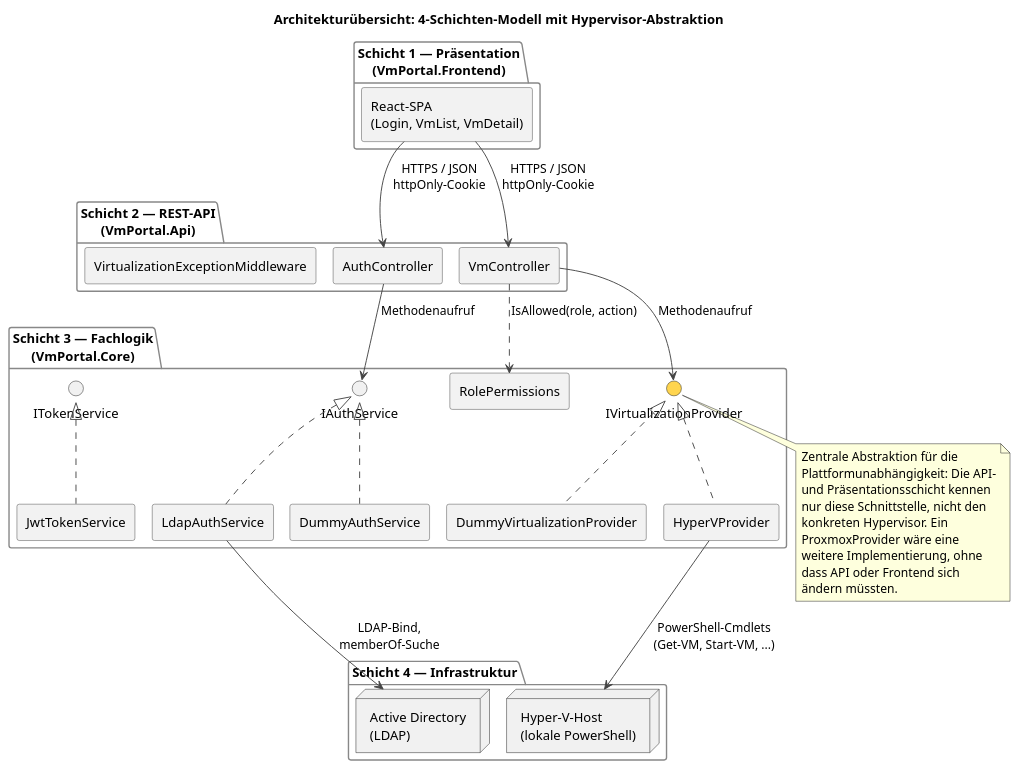
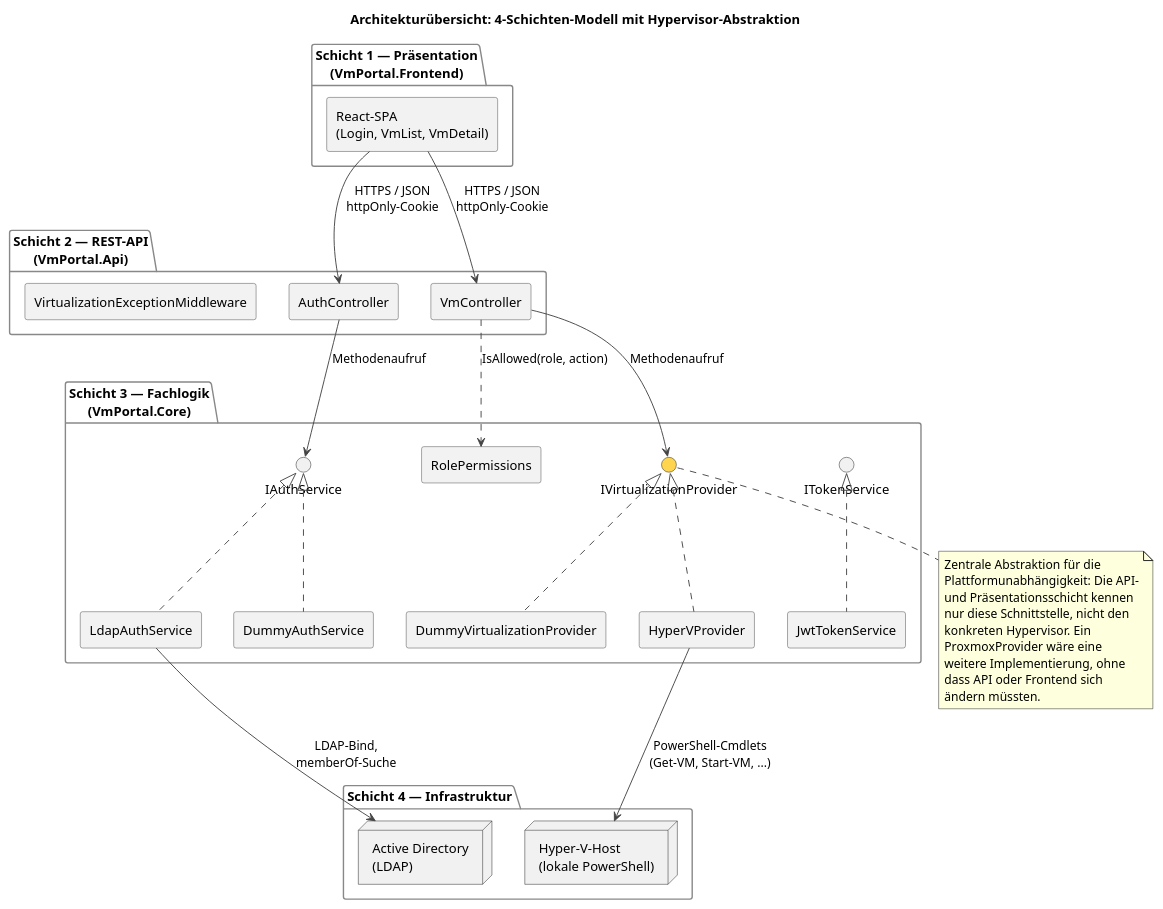
Before and after one commit to mikaildhbw/vm-portal: the diagram in thesis/diagrams/architektur_uebersicht.puml, drawn with PlantUML. The commit also changed 13 other files, not shown here.

Commit message:
fix(diagrams): Rendering mit Graphviz statt Smetana-Fallback

```diff
--- a/thesis/diagrams/architektur_uebersicht.puml
+++ b/thesis/diagrams/architektur_uebersicht.puml
@@ -1,73 +1,72 @@
 @startuml architektur_uebersicht
-!pragma layout smetana
 title Architekturübersicht: 4-Schichten-Modell mit Hypervisor-Abstraktion
 
 skinparam componentStyle rectangle
 skinparam backgroundColor white
 skinparam component {
   BackgroundColor #F2F2F2
   BorderColor #444444
   ArrowColor #444444
 }
 skinparam package {
   BackgroundColor #FFFFFF
   BorderColor #888888
 }
 
 package "Schicht 1 — Präsentation\n(VmPortal.Frontend)" as GUI {
   [React-SPA\n(Login, VmList, VmDetail)] as ReactSpa
 }
 
 package "Schicht 2 — REST-API\n(VmPortal.Api)" as API {
   [AuthController] as AuthController
   [VmController] as VmController
   [VirtualizationExceptionMiddleware] as Middleware
 }
 
 package "Schicht 3 — Fachlogik\n(VmPortal.Core)" as CORE {
   interface "IVirtualizationProvider" as IVP #FFD54F
   interface "IAuthService" as IAuth
   interface "ITokenService" as IToken
   [RolePermissions] as RolePerm
 
   [HyperVProvider] as HyperVProvider
   [DummyVirtualizationProvider] as DummyProvider
   [LdapAuthService] as LdapAuthService
   [DummyAuthService] as DummyAuthService
   [JwtTokenService] as JwtTokenService
 
   HyperVProvider .up.|> IVP
   DummyProvider .up.|> IVP
   LdapAuthService .up.|> IAuth
   DummyAuthService .up.|> IAuth
   JwtTokenService .up.|> IToken
 }
 
 package "Schicht 4 — Infrastruktur" as INFRA {
   node "Hyper-V-Host\n(lokale PowerShell)" as HyperVHost
   node "Active Directory\n(LDAP)" as AD
 }
 
 ReactSpa -down-> AuthController : "HTTPS / JSON\nhttpOnly-Cookie"
 ReactSpa -down-> VmController : "HTTPS / JSON\nhttpOnly-Cookie"
 
 AuthController -down-> IAuth : "Methodenaufruf"
 VmController -down-> IVP : "Methodenaufruf"
 VmController .down.> RolePerm : "IsAllowed(role, action)"
 
 HyperVProvider -down-> HyperVHost : "PowerShell-Cmdlets\n(Get-VM, Start-VM, ...)"
 LdapAuthService -down-> AD : "LDAP-Bind,\nmemberOf-Suche"
 
 note bottom of IVP
   Zentrale Abstraktion für die
   Plattformunabhängigkeit: Die API-
   und Präsentationsschicht kennen
   nur diese Schnittstelle, nicht den
   konkreten Hypervisor. Ein
   ProxmoxProvider wäre eine
   weitere Implementierung, ohne
   dass API oder Frontend sich
   ändern müssten.
 end note
 
 @enduml
```
